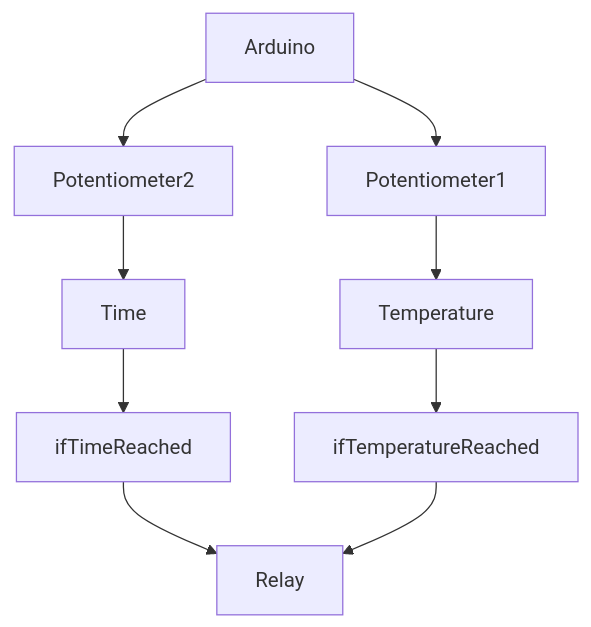
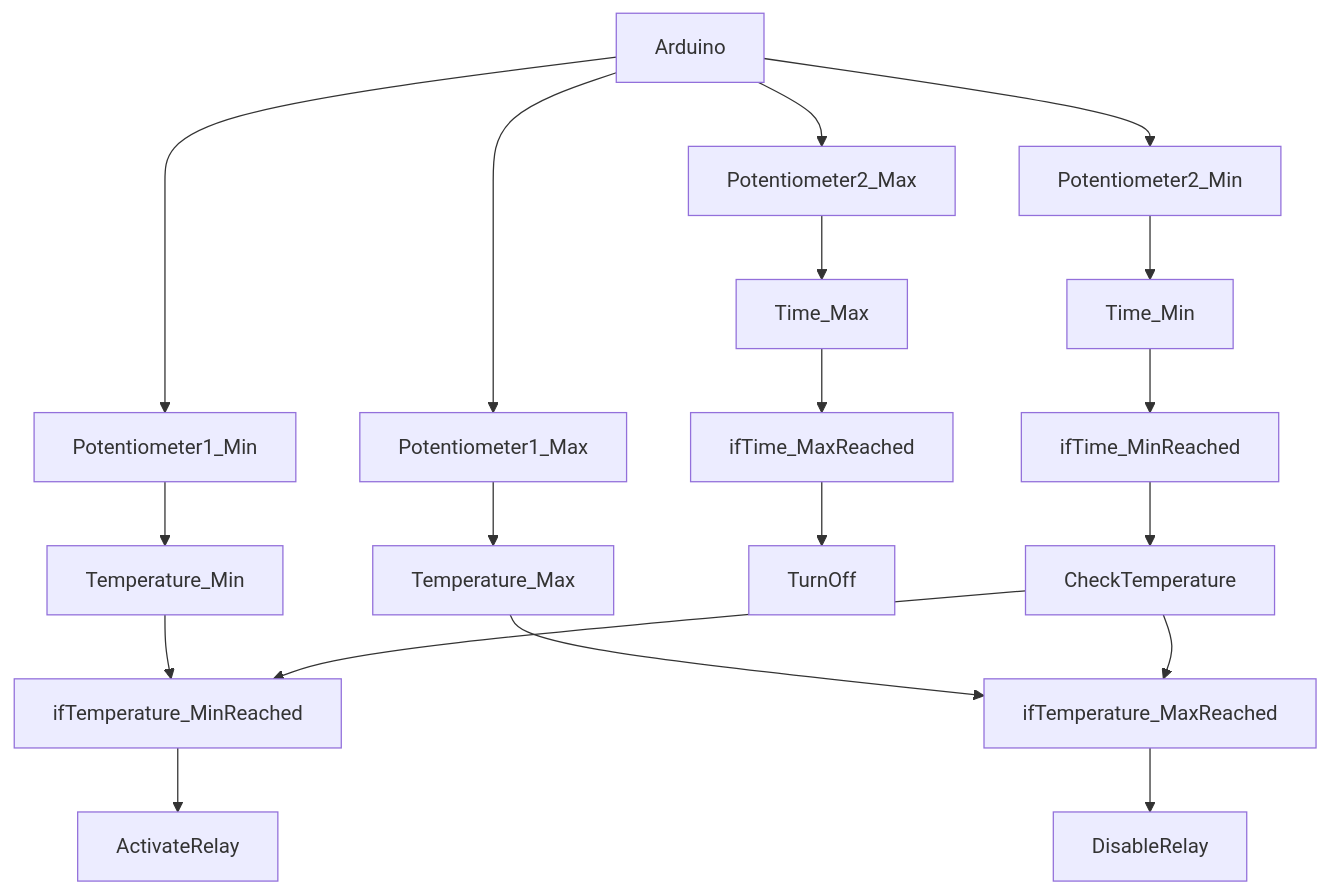
One commit to arduino-core/Outdoor-Relay-Control changed the diagram in README.md. Above: the diagram before and after it, drawn with Mermaid.

````diff
--- a/README.md
+++ b/README.md
@@ -36,11 +36,21 @@
 ```mermaid
 graph TD;
-    Arduino-->Potentiometer1;
-    Arduino-->Potentiometer2;
-    Potentiometer1-->Temperature;
-    Potentiometer2-->Time;
-    Time-->ifTimeReached;
-    Temperature-->ifTemperatureReached;
-    ifTimeReached-->Relay;
-    ifTemperatureReached-->Relay;
+    Arduino-->Potentiometer1_Min;
+    Arduino-->Potentiometer2_Min;
+    Arduino-->Potentiometer1_Max;
+    Arduino-->Potentiometer2_Max;
+    Potentiometer1_Min-->Temperature_Min;
+    Potentiometer2_Min-->Time_Min;
+    Potentiometer1_Max-->Temperature_Max;
+    Potentiometer2_Max-->Time_Max;
+    Time_Max-->ifTime_MaxReached;
+    Time_Min-->ifTime_MinReached;
+    Temperature_Max-->ifTemperature_MaxReached;
+    Temperature_Min-->ifTemperature_MinReached;
+    ifTime_MaxReached-->TurnOff;
+    ifTime_MinReached-->CheckTemperature;
+    CheckTemperature-->ifTemperature_MaxReached;
+    CheckTemperature-->ifTemperature_MinReached;
+    ifTemperature_MinReached-->ActivateRelay;
+    ifTemperature_MaxReached-->DisableRelay;
 ```
````
